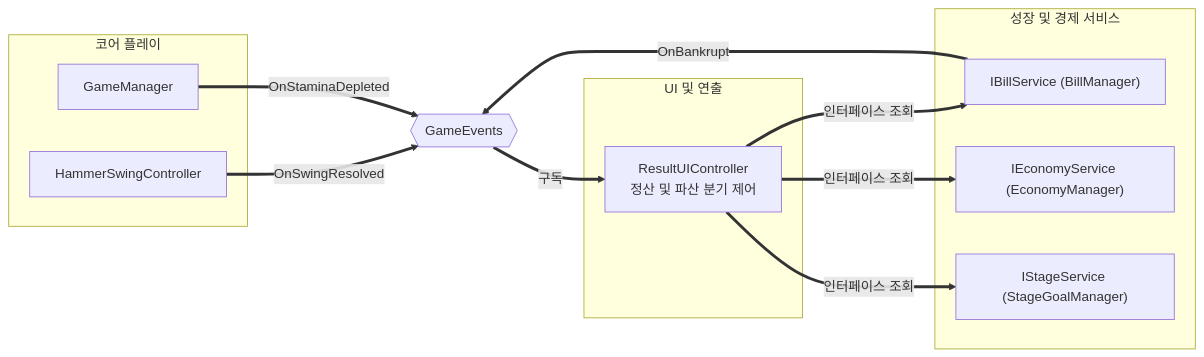
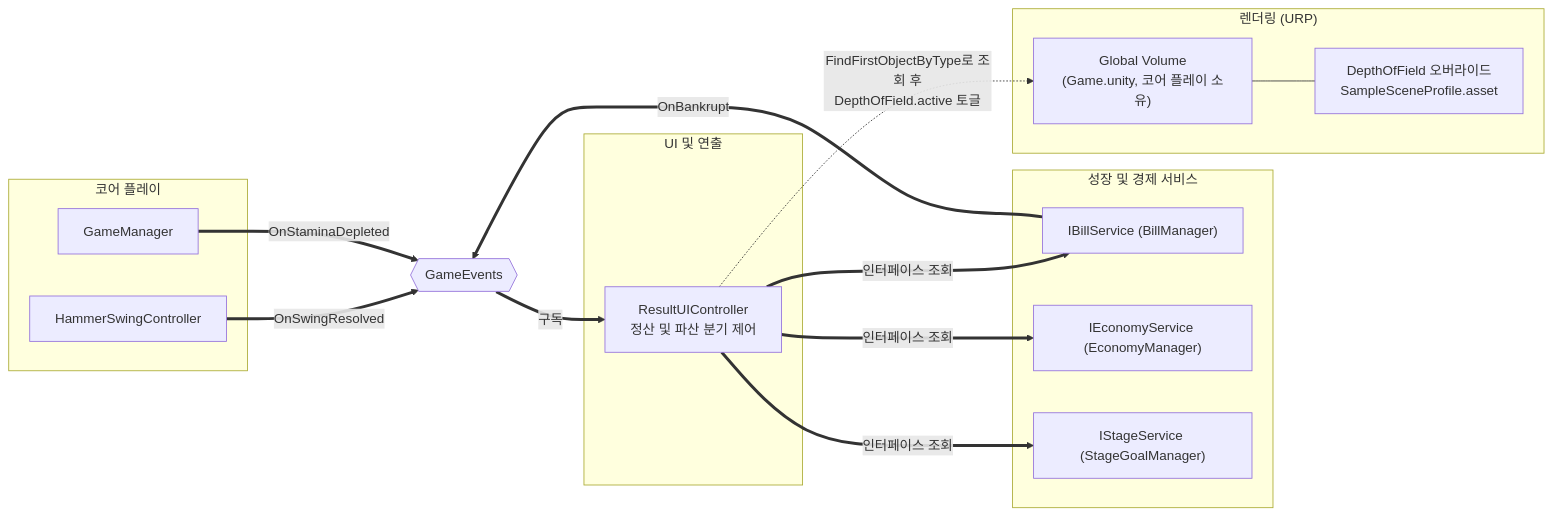
One commit to KDNA-Gwangju-1/NCAIClicker changed the diagram in docs/TECH_NOTES/results.md. Above: the diagram before and after it, drawn with Mermaid. The commit also changed other lines of this file and 2 other files, not shown here.

````diff
--- a/docs/TECH_NOTES/results.md
+++ b/docs/TECH_NOTES/results.md
@@ -24,28 +26,35 @@
 ```mermaid
 flowchart LR
   subgraph CorePlay["코어 플레이"]
     hammer[HammerSwingController]
     gm[GameManager]
   end
 
   subgraph GrowthEconomy["성장 및 경제 서비스"]
     bill["IBillService (BillManager)"]
     economy["IEconomyService (EconomyManager)"]
     stage["IStageService (StageGoalManager)"]
   end
 
   subgraph ResultUI["UI 및 연출"]
     controller[ResultUIController<br/>정산 및 파산 분기 제어]
   end
 
+  subgraph Rendering["렌더링 (URP)"]
+    volume["Global Volume<br/>(Game.unity, 코어 플레이 소유)"]
+    dof["DepthOfField 오버라이드<br/>SampleSceneProfile.asset"]
+  end
+
   events{{"GameEvents"}}
 
   hammer ==>|"OnSwingResolved"| events
   bill ==>|"OnBankrupt"| events
   gm ==>|"OnStaminaDepleted"| events
   events ==>|"구독"| controller
 
   controller ==>|"인터페이스 조회"| bill
   controller ==>|"인터페이스 조회"| economy
   controller ==>|"인터페이스 조회"| stage
+  controller -.->|"FindFirstObjectByType로 조회 후<br/>DepthOfField.active 토글"| volume
+  volume --- dof
 ```
````
